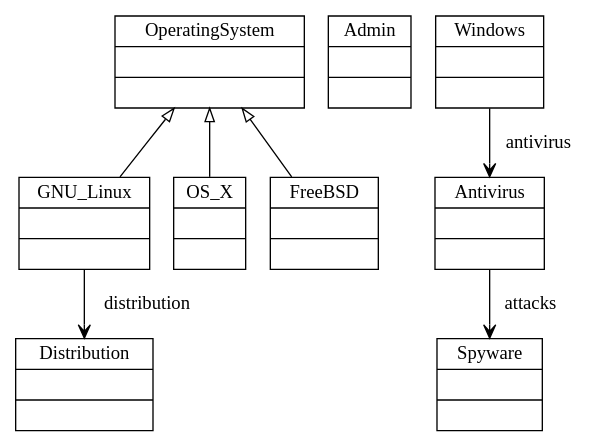
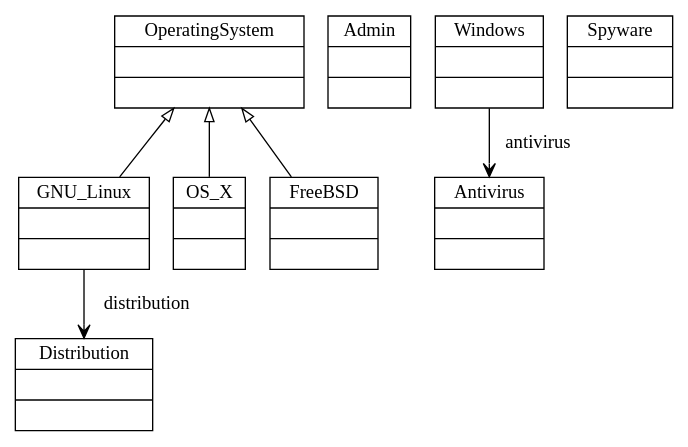
The diagram in org.eclipse.epsilon.picto.diff/files/baseline-removeEdge.dot (epsilonlabs/picto-diff), drawn with Graphviz before and after one commit. The commit also changed 7 other files, not shown here.

```diff
--- a/org.eclipse.epsilon.picto.diff/files/baseline-removeEdge.dot
+++ b/org.eclipse.epsilon.picto.diff/files/baseline-removeEdge.dot
@@ -1,21 +1,22 @@
 digraph G {
+	// remove windows inheritance and antivirus attacks spyware one (has label)
+
 	node[shape=record]
 	edge[dir=back, arrowtail=empty]
 
 	OperatingSystem[label = "{OperatingSystem||}"]
 	Admin[label="{Admin||}"]
 	
 	GNU_Linux[label = "{GNU_Linux||}"]
 	OS_X[label = "{OS_X||}"]
 	FreeBSD[label = "{FreeBSD||}"]
 	Windows[label = "{Windows||}"]
 	Antivirus[label = "{Antivirus||}"]
 	Spyware[label = "{Spyware||}"]
 	OperatingSystem->GNU_Linux[name="h1"];
 	OperatingSystem->OS_X[name="h2"];
 	OperatingSystem->FreeBSD[name="h3"];
 	Windows->Antivirus[label=" antivirus ", dir=forward, arrowhead = vee, name="antivirus"];
-	Antivirus->Spyware[label=" attacks ", dir=forward, arrowhead = vee, name="attacks"];
 	Distribution[label = "{Distribution||}"]
 	GNU_Linux->Distribution[label=" distribution ", dir=forward, arrowhead = vee, name="eDistr"];
 }
```
